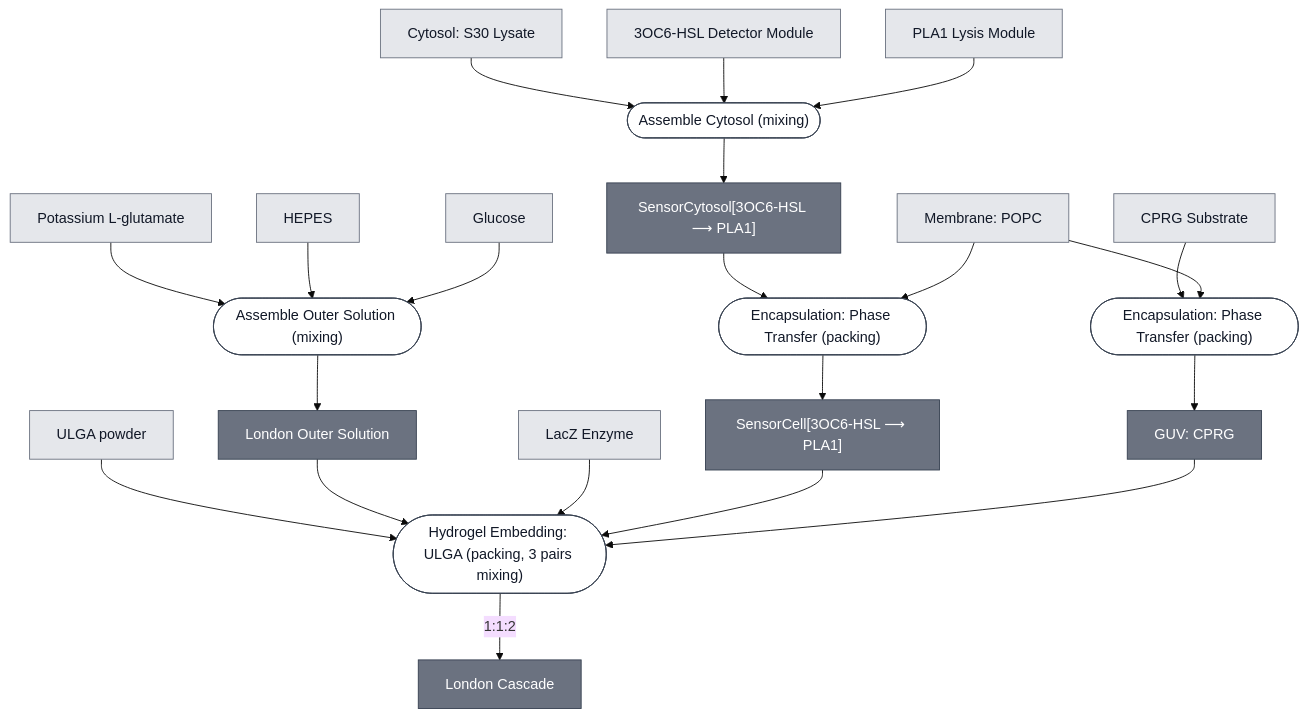
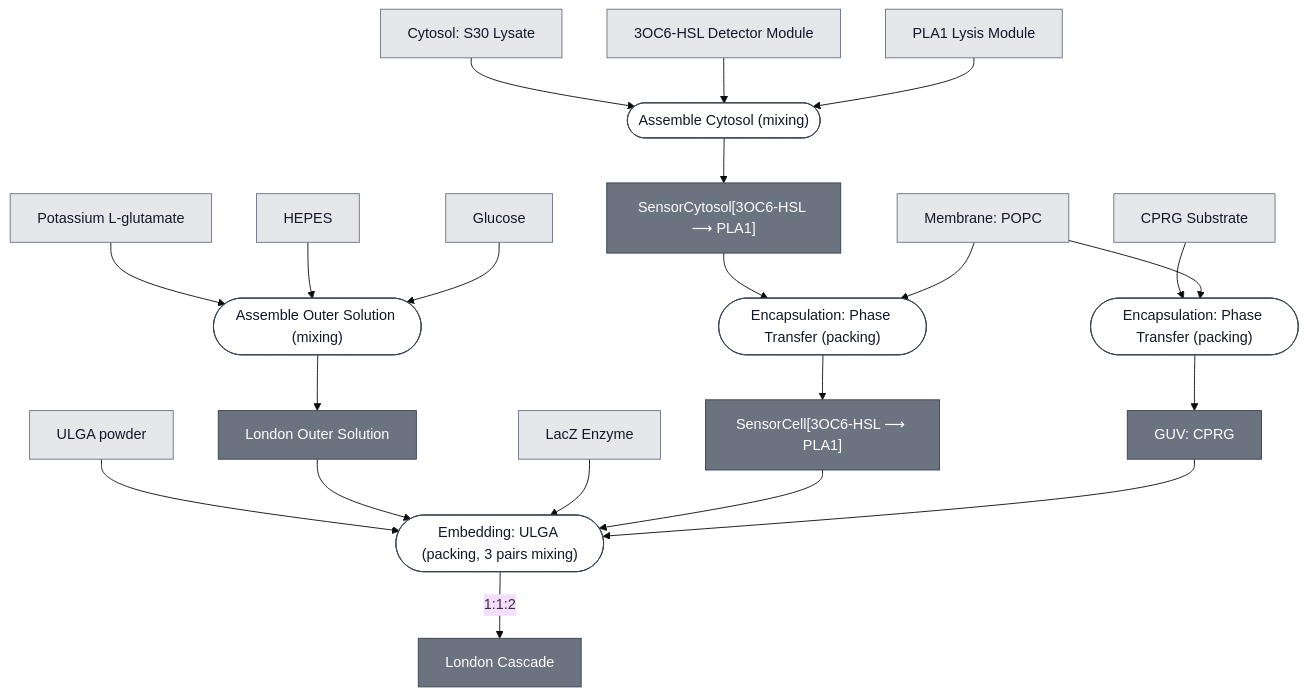
One commit to nucleus-eng/nucleus-docs changed the diagram in docs/modules/london-cascade/spec.md. Above: the diagram before and after it, drawn with Mermaid (base theme). The commit also changed other lines of this file and 42 other files, not shown here.

First line of the commit message:
All five embedding routes become Embedding: X, and Embed: was my outlier

````diff
--- a/docs/modules/london-cascade/spec.md
+++ b/docs/modules/london-cascade/spec.md
@@ -25,75 +25,75 @@
 ```mermaid
 flowchart TD
     S30_LYSATE["Cytosol: S30 Lysate"]
     DETECTOR_3OC6_HSL["3OC6-HSL Detector Module"]
     EFFECTOR_PLA1["PLA1 Lysis Module"]
     MEMBRANE_POPC["Membrane: POPC"]
     SUBSTRATE_CPRG["CPRG Substrate"]
     REPORTER_LACZ_ENZYME["LacZ Enzyme"]
     ULGA_POWDER["ULGA powder"]
     POTASSIUM_GLUTAMATE["Potassium L-glutamate"]
     HEPES["HEPES"]
     GLUCOSE["Glucose"]
 
     P1_ASSEMBLE_CYTOSOL_0(["Assemble Cytosol (mixing)"])
     AHSL_SENSOR_CYTOSOL["SensorCytosol[3OC6-HSL ⟶ PLA1]"]
     P2_ENCAPSULATE_SENSING_0(["Encapsulation: Phase Transfer (packing)"])
     AHSL_SENSING_CELL["SensorCell[3OC6-HSL ⟶ PLA1]"]
     P3_ENCAPSULATE_SUBSTRATE_0(["Encapsulation: Phase Transfer (packing)"])
     GUV_CPRG["GUV: CPRG"]
     P4_ASSEMBLE_OUTER_SOLUTION_0(["Assemble Outer Solution (mixing)"])
     OUTER_SOLUTION_LONDON["London Outer Solution"]
-    P5_EMBED_ULGA_0(["Hydrogel Embedding: ULGA (packing, 3 pairs mixing)"])
+    P5_EMBED_ULGA_0(["Embedding: ULGA (packing, 3 pairs mixing)"])
     LONDON_CASCADE["London Cascade"]
 
     S30_LYSATE --> P1_ASSEMBLE_CYTOSOL_0
     DETECTOR_3OC6_HSL --> P1_ASSEMBLE_CYTOSOL_0
     EFFECTOR_PLA1 --> P1_ASSEMBLE_CYTOSOL_0
     P1_ASSEMBLE_CYTOSOL_0 --> AHSL_SENSOR_CYTOSOL
 
     AHSL_SENSOR_CYTOSOL --> P2_ENCAPSULATE_SENSING_0
     MEMBRANE_POPC --> P2_ENCAPSULATE_SENSING_0
     P2_ENCAPSULATE_SENSING_0 --> AHSL_SENSING_CELL
 
     SUBSTRATE_CPRG --> P3_ENCAPSULATE_SUBSTRATE_0
     MEMBRANE_POPC --> P3_ENCAPSULATE_SUBSTRATE_0
     P3_ENCAPSULATE_SUBSTRATE_0 --> GUV_CPRG
 
     POTASSIUM_GLUTAMATE --> P4_ASSEMBLE_OUTER_SOLUTION_0
     HEPES --> P4_ASSEMBLE_OUTER_SOLUTION_0
     GLUCOSE --> P4_ASSEMBLE_OUTER_SOLUTION_0
     P4_ASSEMBLE_OUTER_SOLUTION_0 --> OUTER_SOLUTION_LONDON
 
     ULGA_POWDER --> P5_EMBED_ULGA_0
     OUTER_SOLUTION_LONDON --> P5_EMBED_ULGA_0
     REPORTER_LACZ_ENZYME --> P5_EMBED_ULGA_0
     AHSL_SENSING_CELL --> P5_EMBED_ULGA_0
     GUV_CPRG --> P5_EMBED_ULGA_0
     P5_EMBED_ULGA_0 -->|"1:1:2"| LONDON_CASCADE
 
 
     classDef leaf     fill:#e5e7eb,stroke:#6b7280,color:#111827;
     classDef composed fill:#6b7280,stroke:#374151,color:#ffffff;
     classDef process  fill:#ffffff,stroke:#374151,color:#111827;
     class S30_LYSATE,DETECTOR_3OC6_HSL,EFFECTOR_PLA1,MEMBRANE_POPC,SUBSTRATE_CPRG,REPORTER_LACZ_ENZYME,ULGA_POWDER,POTASSIUM_GLUTAMATE,HEPES,GLUCOSE leaf;
     class AHSL_SENSOR_CYTOSOL,AHSL_SENSING_CELL,GUV_CPRG,OUTER_SOLUTION_LONDON,LONDON_CASCADE composed;
     class P1_ASSEMBLE_CYTOSOL_0,P2_ENCAPSULATE_SENSING_0,P3_ENCAPSULATE_SUBSTRATE_0,P4_ASSEMBLE_OUTER_SOLUTION_0,P5_EMBED_ULGA_0 process;
 
     click S30_LYSATE "/docs/modules/s30-lysate/spec"
     click DETECTOR_3OC6_HSL "/docs/modules/detector-3oc6-hsl/spec"
     click EFFECTOR_PLA1 "/docs/modules/effector-pla1/spec"
     click MEMBRANE_POPC "/docs/modules/membrane-popc/spec"
     click SUBSTRATE_CPRG "/docs/modules/substrate-cprg/spec"
     click REPORTER_LACZ_ENZYME "/docs/modules/reporter-lacz-enzyme/spec"
     click ULGA_POWDER "/docs/modules/gel-ulga/spec"
     click P1_ASSEMBLE_CYTOSOL_0 "/docs/processes/assemble-cytosol/assemble-cytosol-main"
     click AHSL_SENSOR_CYTOSOL "/docs/modules/ahsl-sensor-cytosol/spec"
     click P2_ENCAPSULATE_SENSING_0 "/docs/processes/assemble-base-cell/main"
     click AHSL_SENSING_CELL "/docs/modules/ahsl-sensing-cell/spec"
     click P3_ENCAPSULATE_SUBSTRATE_0 "/docs/processes/assemble-base-cell/main"
     click GUV_CPRG "/docs/modules/guv-cprg/spec"
     click P4_ASSEMBLE_OUTER_SOLUTION_0 "/docs/processes/assemble-outer-solution/main"
     click OUTER_SOLUTION_LONDON "/docs/modules/outer-solution-london/spec"
     click P5_EMBED_ULGA_0 "/docs/processes/embed-ulga-hydrogel/main"
     click LONDON_CASCADE "/docs/modules/london-cascade/spec"
 ```
````
